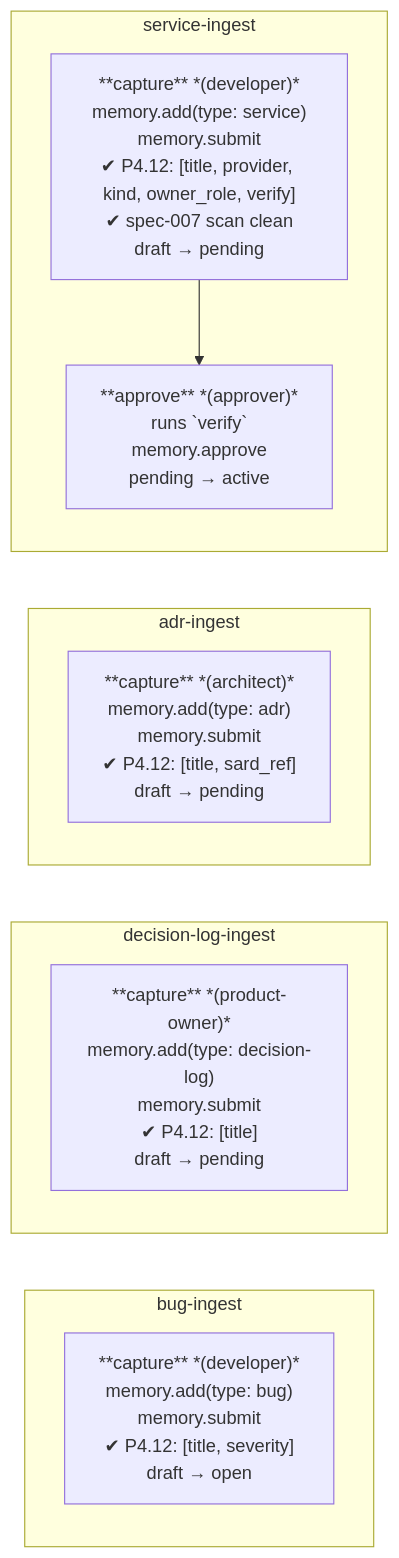
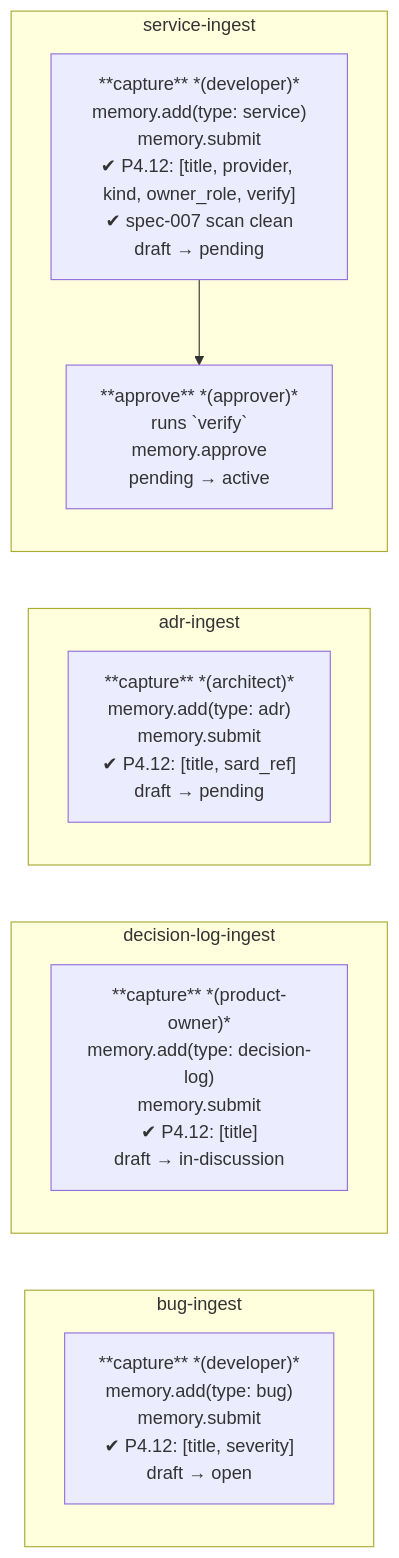
One commit to robypomper/wingfoil changed diagram 12 of 21 in .wingfoil/WORKFLOW.md. Above: the diagram before and after it, drawn with Mermaid. The commit also changed other lines of this file, not shown here.

First line of the commit message:
docs(config): task-124 — WORKFLOW.md draws the adr, tech-spec and decision-log machines memory.yaml declares

````diff
--- a/.wingfoil/WORKFLOW.md
+++ b/.wingfoil/WORKFLOW.md
@@ -274,24 +274,24 @@
 ```mermaid
 flowchart LR
     subgraph BI["bug-ingest"]
         direction TB
         B1["**capture** *(developer)*\nmemory.add(type: bug)\nmemory.submit\n✔ P4.12: [title, severity]\ndraft → open"]
     end
 
     subgraph DLI["decision-log-ingest"]
         direction TB
-        D1["**capture** *(product-owner)*\nmemory.add(type: decision-log)\nmemory.submit\n✔ P4.12: [title]\ndraft → pending"]
+        D1["**capture** *(product-owner)*\nmemory.add(type: decision-log)\nmemory.submit\n✔ P4.12: [title]\ndraft → in-discussion"]
     end
 
     subgraph AI["adr-ingest"]
         direction TB
         A1["**capture** *(architect)*\nmemory.add(type: adr)\nmemory.submit\n✔ P4.12: [title, sard_ref]\ndraft → pending"]
     end
 
     subgraph SI["service-ingest"]
         direction TB
         S1["**capture** *(developer)*\nmemory.add(type: service)\nmemory.submit\n✔ P4.12: [title, provider, kind, owner_role, verify]\n✔ spec-007 scan clean\ndraft → pending"]
         S2["**approve** *(approver)*\nruns `verify`\nmemory.approve\npending → active"]
         S1 --> S2
     end
 ```
````
